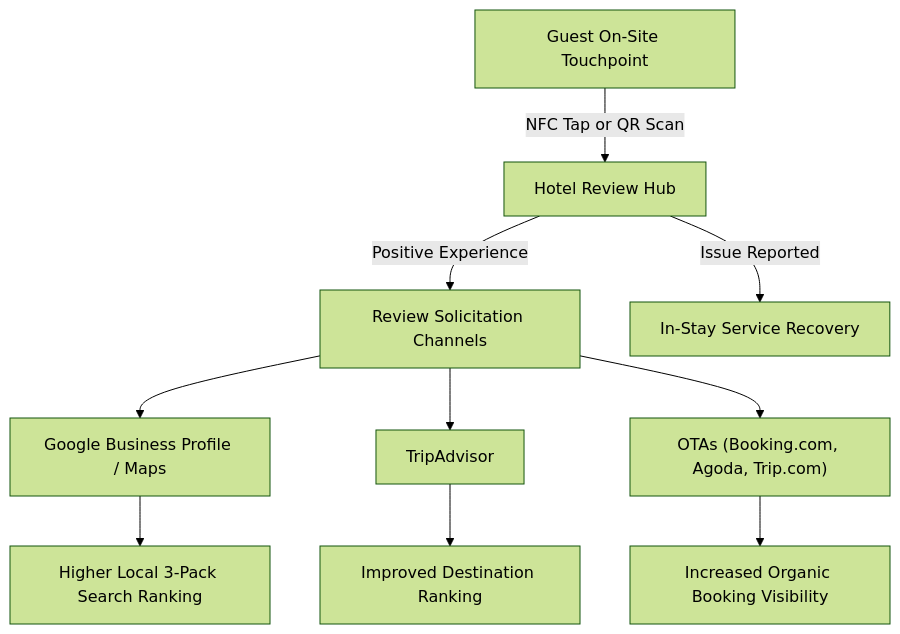
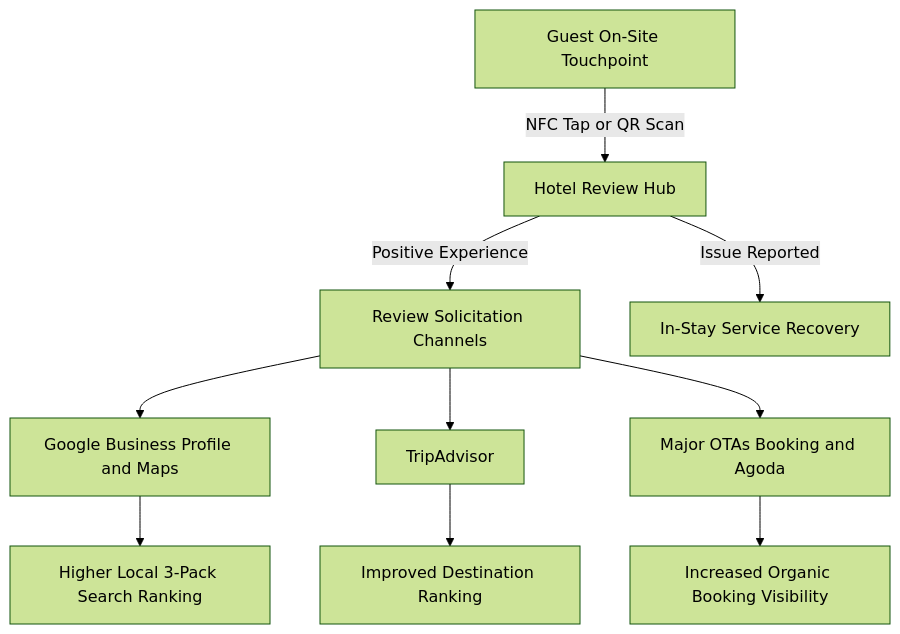
Before and after one commit to zx0r/hotel-review-management: the first of 3 diagrams in README.md, drawn with Mermaid (forest theme). The commit also changed other lines of this file, not shown here.

Commit message:
fix(docs): remove parentheses and slashes from Mermaid edge labels and nodes

````diff
--- a/README.md
+++ b/README.md
@@ -65,14 +65,14 @@
 ```mermaid
 graph TD
     A["Guest On-Site Touchpoint"] -->|NFC Tap or QR Scan| B["Hotel Review Hub"]
     B -->|Positive Experience| C["Review Solicitation Channels"]
     B -->|Issue Reported| D["In-Stay Service Recovery"]
 
-    C --> E["Google Business Profile / Maps"]
+    C --> E["Google Business Profile and Maps"]
     C --> F["TripAdvisor"]
-    C --> G["OTAs (Booking.com, Agoda, Trip.com)"]
+    C --> G["Major OTAs Booking and Agoda"]
 
     E --> H["Higher Local 3-Pack Search Ranking"]
     F --> I["Improved Destination Ranking"]
     G --> J["Increased Organic Booking Visibility"]
 ```
````
